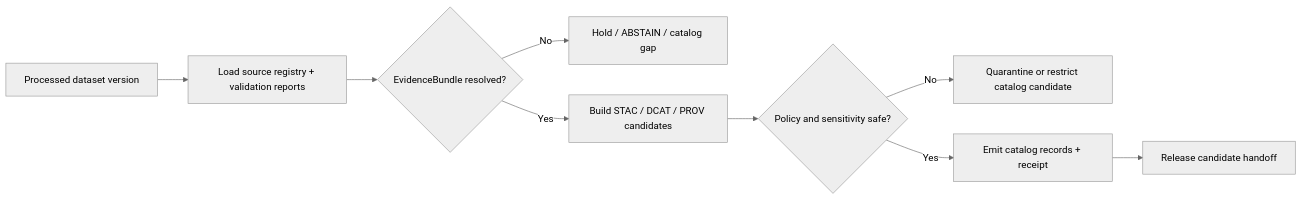
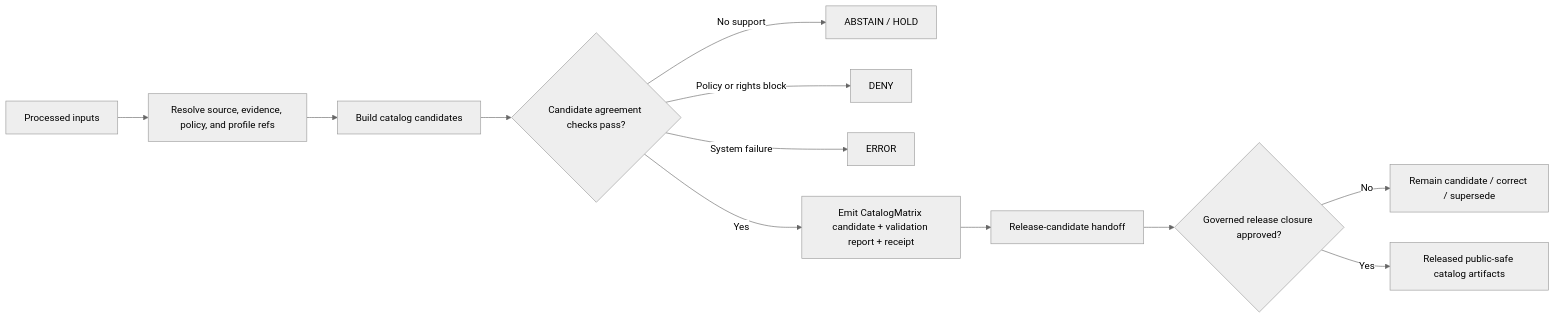
One commit to bartytime4life/Kansas-Frontier-Matrix changed the diagram in pipelines/catalog/README.md. Above: the diagram before and after it, drawn with Mermaid (neutral theme). The commit also changed other lines of this file, not shown here.

Commit message:
docs(pipelines): ground catalog pipeline README

````diff
--- a/pipelines/catalog/README.md
+++ b/pipelines/catalog/README.md
@@ -217,11 +403,14 @@
 ```mermaid
 flowchart LR
-  A["Processed dataset version"] --> B["Load source registry + validation reports"]
-  B --> C{"EvidenceBundle resolved?"}
-  C -->|"No"| H["Hold / ABSTAIN / catalog gap"]
-  C -->|"Yes"| D["Build STAC / DCAT / PROV candidates"]
-  D --> E{"Policy and sensitivity safe?"}
-  E -->|"No"| Q["Quarantine or restrict catalog candidate"]
-  E -->|"Yes"| F["Emit catalog records + receipt"]
-  F --> G["Release candidate handoff"]
+    P["Processed inputs"] --> R["Resolve source, evidence, policy, and profile refs"]
+    R --> C["Build catalog candidates"]
+    C --> A{"Candidate agreement checks pass?"}
+    A -->|"No support"| AB["ABSTAIN / HOLD"]
+    A -->|"Policy or rights block"| D["DENY"]
+    A -->|"System failure"| E["ERROR"]
+    A -->|"Yes"| M["Emit CatalogMatrix candidate + validation report + receipt"]
+    M --> H["Release-candidate handoff"]
+    H --> G{"Governed release closure approved?"}
+    G -->|"No"| X["Remain candidate / correct / supersede"]
+    G -->|"Yes"| PUB["Released public-safe catalog artifacts"]
 ```
````
